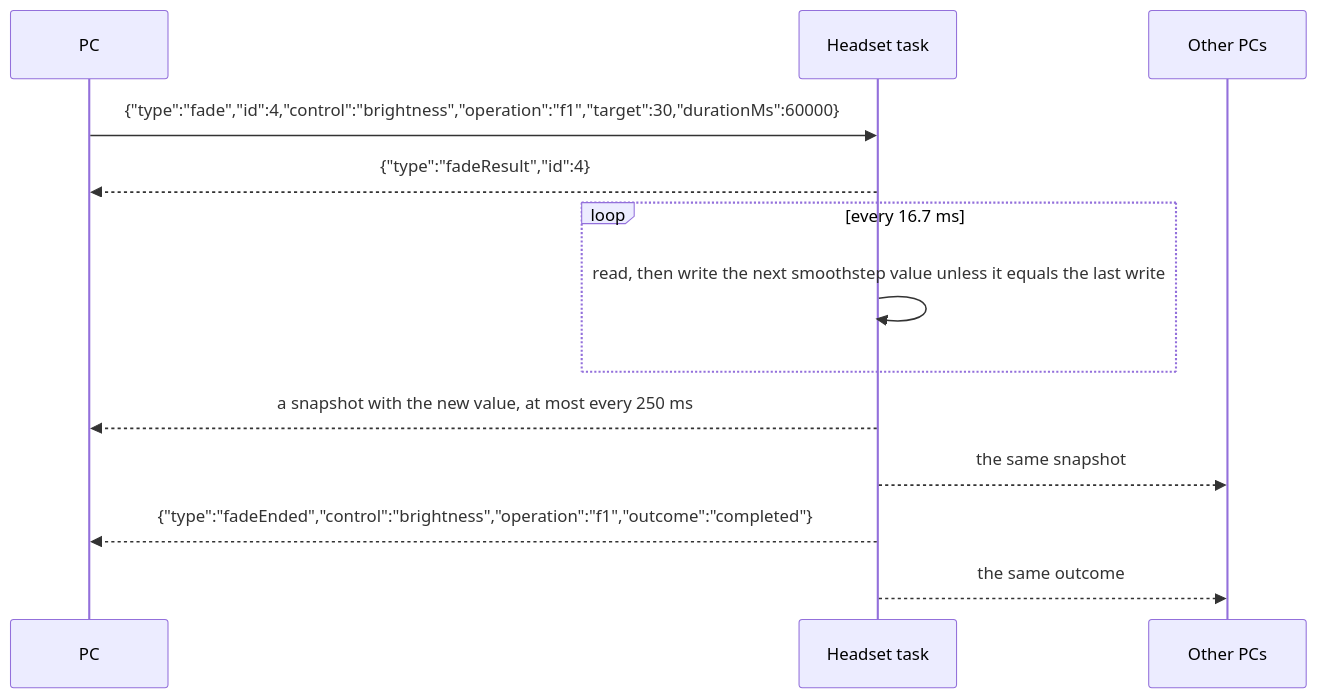
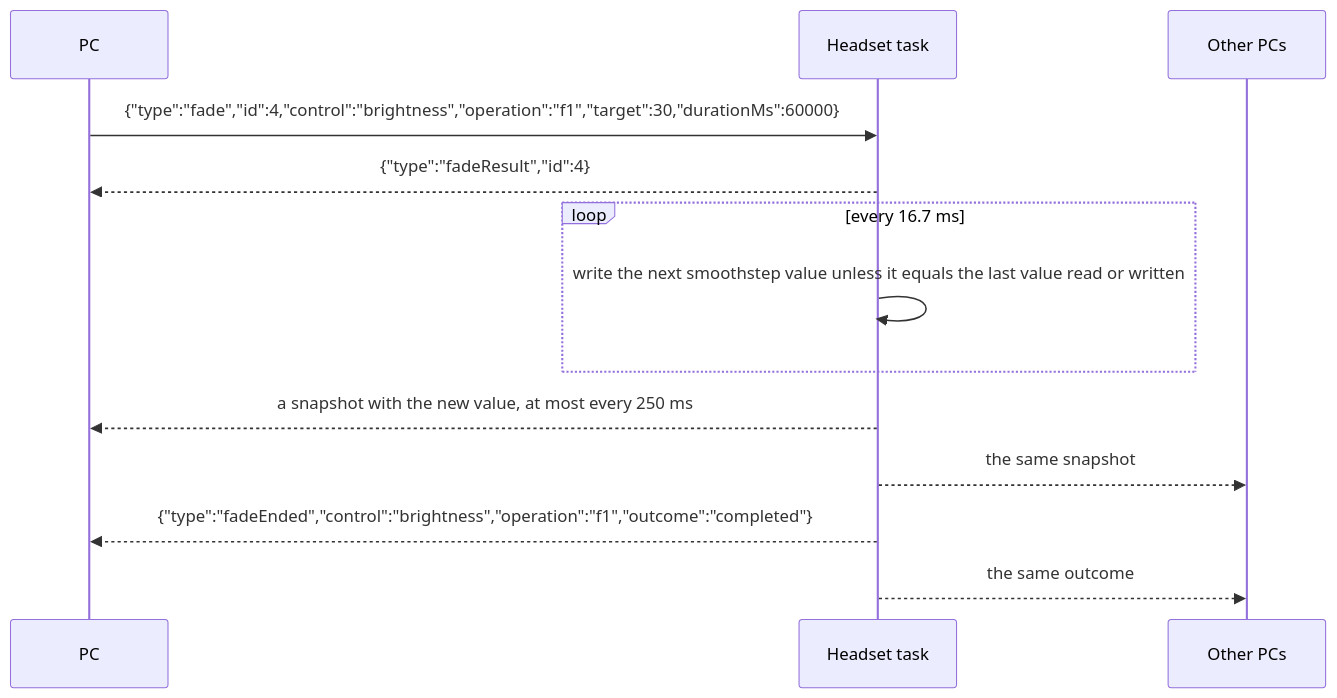
Before and after one commit to Raphiiko/OyasumiVR: the sixth of 7 diagrams in docs/agents/steam-frame-pairing.md, drawn with Mermaid. The commit also changed other lines of this file and 2 other files, not shown here.

````diff
--- a/docs/agents/steam-frame-pairing.md
+++ b/docs/agents/steam-frame-pairing.md
@@ -310,15 +275,15 @@
 ```mermaid
 sequenceDiagram
   participant P as PC
   participant T as Headset task
   participant O as Other PCs
   P->>T: {"type":"fade","id":4,"control":"brightness","operation":"f1","target":30,"durationMs":60000}
   T-->>P: {"type":"fadeResult","id":4}
   loop every 16.7 ms
-    T->>T: read, then write the next smoothstep value unless it equals the last write
+    T->>T: write the next smoothstep value unless it equals the last value read or written
   end
   T-->>P: a snapshot with the new value, at most every 250 ms
   T-->>O: the same snapshot
   T-->>P: {"type":"fadeEnded","control":"brightness","operation":"f1","outcome":"completed"}
   T-->>O: the same outcome
 ```
````
